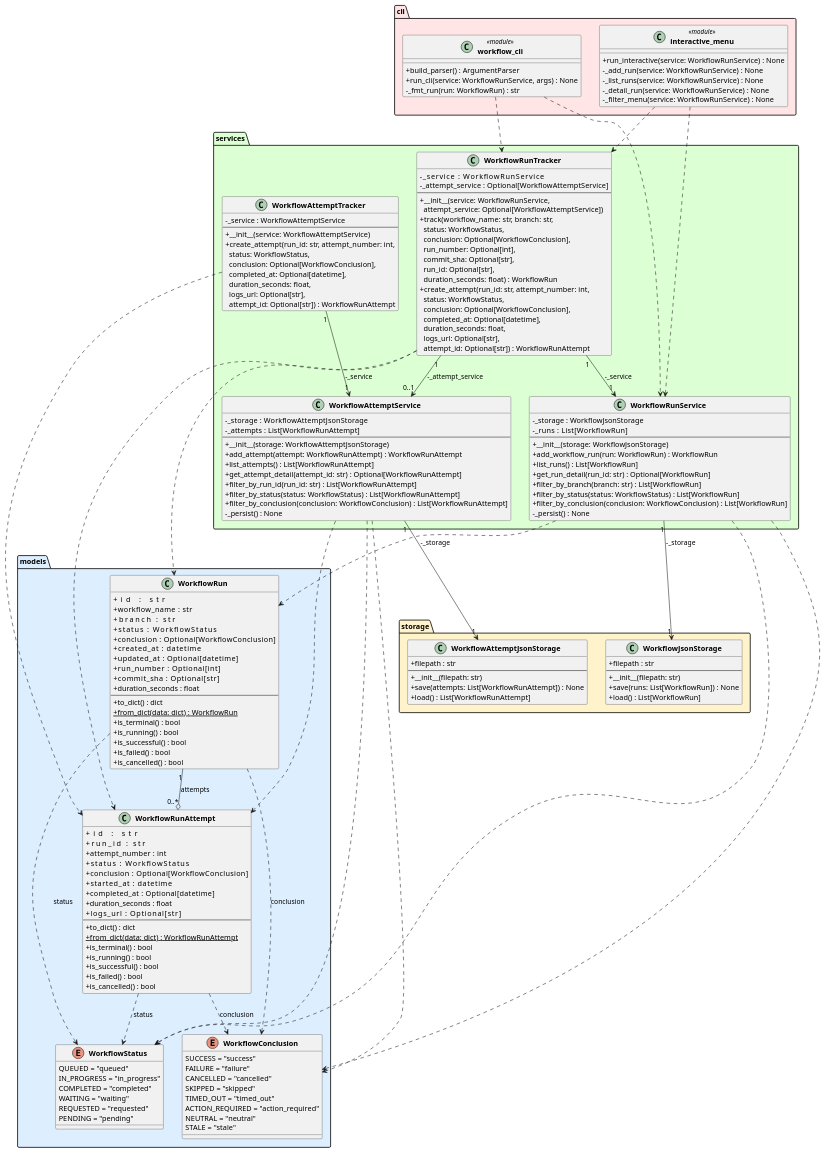
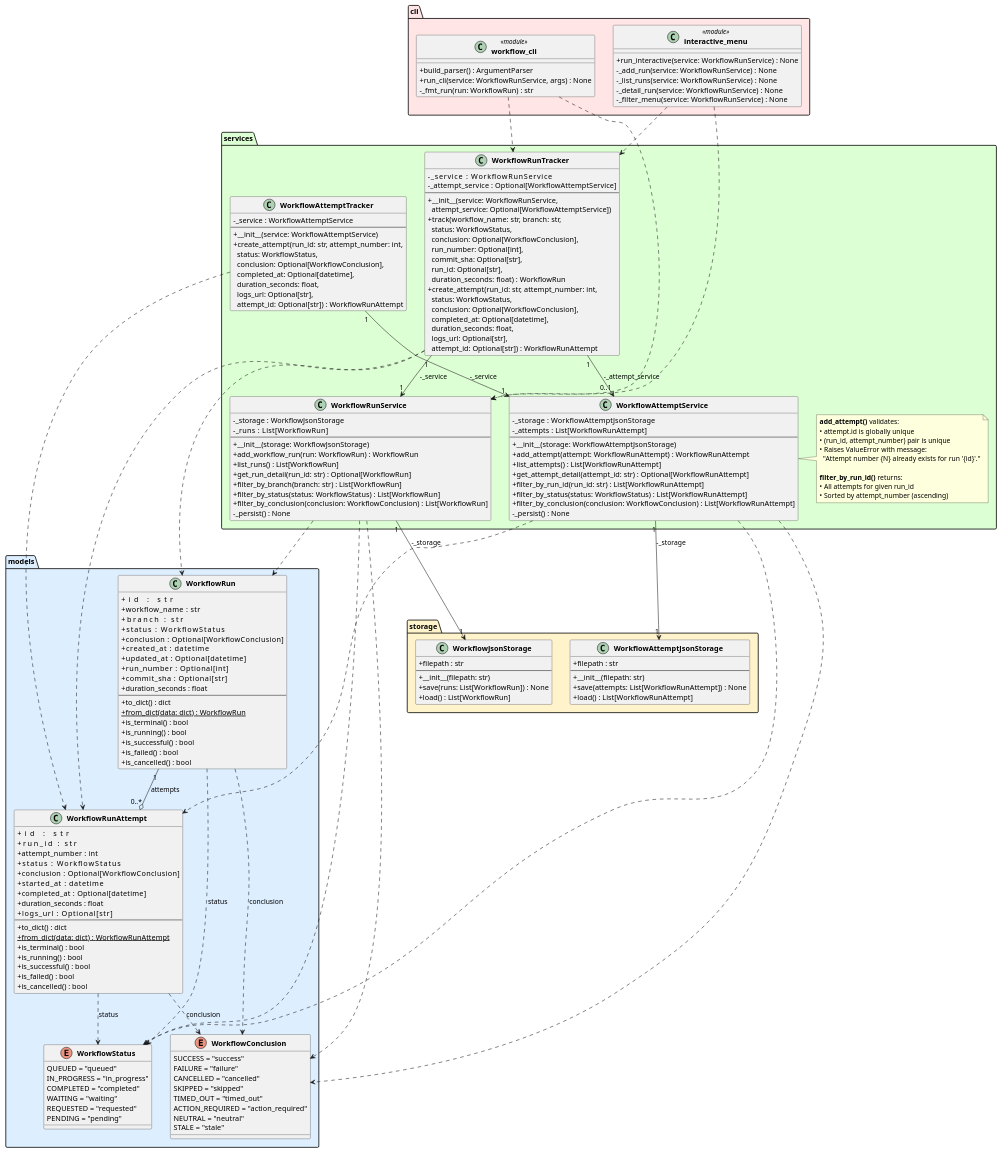
One commit to DanielRiha8906/Software_autoevolution_using_agents changed the diagram in experiments/pipeline/structured_text/github-workflow-manager/artifacts/class_diagram.puml. Above: the diagram before and after it, drawn with PlantUML. The commit also changed 6 other files, not shown here.

First line of the commit message:
task 04: Implement AttemptService with duplicate validation and sorting

```diff
--- a/experiments/pipeline/structured_text/github-workflow-manager/artifacts/class_diagram.puml
+++ b/experiments/pipeline/structured_text/github-workflow-manager/artifacts/class_diagram.puml
@@ -1,182 +1,194 @@
 @startuml class_diagram
 
 skinparam classAttributeIconSize 0
 skinparam classFontStyle bold
 
 package "models" #DDEEFF {
     enum WorkflowStatus {
         QUEUED = "queued"
         IN_PROGRESS = "in_progress"
         COMPLETED = "completed"
         WAITING = "waiting"
         REQUESTED = "requested"
         PENDING = "pending"
     }
 
     enum WorkflowConclusion {
         SUCCESS = "success"
         FAILURE = "failure"
         CANCELLED = "cancelled"
         SKIPPED = "skipped"
         TIMED_OUT = "timed_out"
         ACTION_REQUIRED = "action_required"
         NEUTRAL = "neutral"
         STALE = "stale"
     }
 
     class WorkflowRun {
         +id               : str
         +workflow_name    : str
         +branch           : str
         +status           : WorkflowStatus
         +conclusion       : Optional[WorkflowConclusion]
         +created_at       : datetime
         +updated_at       : Optional[datetime]
         +run_number       : Optional[int]
         +commit_sha       : Optional[str]
         +duration_seconds : float
         --
         +to_dict() : dict
         +{static} from_dict(data: dict) : WorkflowRun
         +is_terminal() : bool
         +is_running() : bool
         +is_successful() : bool
         +is_failed() : bool
         +is_cancelled() : bool
     }
 
     class WorkflowRunAttempt {
         +id               : str
         +run_id           : str
         +attempt_number   : int
         +status           : WorkflowStatus
         +conclusion       : Optional[WorkflowConclusion]
         +started_at       : datetime
         +completed_at     : Optional[datetime]
         +duration_seconds : float
         +logs_url         : Optional[str]
         --
         +to_dict() : dict
         +{static} from_dict(data: dict) : WorkflowRunAttempt
         +is_terminal() : bool
         +is_running() : bool
         +is_successful() : bool
         +is_failed() : bool
         +is_cancelled() : bool
     }
 }
 
 package "storage" #FFF3CC {
     class WorkflowJsonStorage {
         +filepath : str
         --
         +__init__(filepath: str)
         +save(runs: List[WorkflowRun]) : None
         +load() : List[WorkflowRun]
     }
 
     class WorkflowAttemptJsonStorage {
         +filepath : str
         --
         +__init__(filepath: str)
         +save(attempts: List[WorkflowRunAttempt]) : None
         +load() : List[WorkflowRunAttempt]
     }
 }
 
 package "services" #DDFFD4 {
     class WorkflowRunService {
         -_storage : WorkflowJsonStorage
         -_runs    : List[WorkflowRun]
         --
         +__init__(storage: WorkflowJsonStorage)
         +add_workflow_run(run: WorkflowRun) : WorkflowRun
         +list_runs() : List[WorkflowRun]
         +get_run_detail(run_id: str) : Optional[WorkflowRun]
         +filter_by_branch(branch: str) : List[WorkflowRun]
         +filter_by_status(status: WorkflowStatus) : List[WorkflowRun]
         +filter_by_conclusion(conclusion: WorkflowConclusion) : List[WorkflowRun]
         -_persist() : None
     }
 
     class WorkflowAttemptService {
         -_storage   : WorkflowAttemptJsonStorage
         -_attempts  : List[WorkflowRunAttempt]
         --
         +__init__(storage: WorkflowAttemptJsonStorage)
         +add_attempt(attempt: WorkflowRunAttempt) : WorkflowRunAttempt
         +list_attempts() : List[WorkflowRunAttempt]
         +get_attempt_detail(attempt_id: str) : Optional[WorkflowRunAttempt]
         +filter_by_run_id(run_id: str) : List[WorkflowRunAttempt]
         +filter_by_status(status: WorkflowStatus) : List[WorkflowRunAttempt]
         +filter_by_conclusion(conclusion: WorkflowConclusion) : List[WorkflowRunAttempt]
         -_persist() : None
     }
 
     class WorkflowRunTracker {
         -_service           : WorkflowRunService
         -_attempt_service   : Optional[WorkflowAttemptService]
         --
         +__init__(service: WorkflowRunService,\n  attempt_service: Optional[WorkflowAttemptService])
         +track(workflow_name: str, branch: str,\n  status: WorkflowStatus,\n  conclusion: Optional[WorkflowConclusion],\n  run_number: Optional[int],\n  commit_sha: Optional[str],\n  run_id: Optional[str],\n  duration_seconds: float) : WorkflowRun
         +create_attempt(run_id: str, attempt_number: int,\n  status: WorkflowStatus,\n  conclusion: Optional[WorkflowConclusion],\n  completed_at: Optional[datetime],\n  duration_seconds: float,\n  logs_url: Optional[str],\n  attempt_id: Optional[str]) : WorkflowRunAttempt
     }
 
     class WorkflowAttemptTracker {
         -_service : WorkflowAttemptService
         --
         +__init__(service: WorkflowAttemptService)
         +create_attempt(run_id: str, attempt_number: int,\n  status: WorkflowStatus,\n  conclusion: Optional[WorkflowConclusion],\n  completed_at: Optional[datetime],\n  duration_seconds: float,\n  logs_url: Optional[str],\n  attempt_id: Optional[str]) : WorkflowRunAttempt
     }
+
+    note right of WorkflowAttemptService
+        **add_attempt()** validates:
+        • attempt.id is globally unique
+        • (run_id, attempt_number) pair is unique
+        • Raises ValueError with message:
+          "Attempt number {N} already exists for run '{id}'."
+
+        **filter_by_run_id()** returns:
+        • All attempts for given run_id
+        • Sorted by attempt_number (ascending)
+    end note
 }
 
 package "cli" #FFE5E5 {
     class "workflow_cli" <<module>> {
         +build_parser() : ArgumentParser
         +run_cli(service: WorkflowRunService, args) : None
         -_fmt_run(run: WorkflowRun) : str
     }
 
     class "interactive_menu" <<module>> {
         +run_interactive(service: WorkflowRunService) : None
         -_add_run(service: WorkflowRunService) : None
         -_list_runs(service: WorkflowRunService) : None
         -_detail_run(service: WorkflowRunService) : None
         -_filter_menu(service: WorkflowRunService) : None
     }
 }
 
 ' Domain model relationships
 WorkflowRun                ..>  WorkflowStatus        : status
 WorkflowRun                ..>  WorkflowConclusion    : conclusion
 WorkflowRunAttempt         ..>  WorkflowStatus        : status
 WorkflowRunAttempt         ..>  WorkflowConclusion    : conclusion
 WorkflowRun          "1" --o "0..*" WorkflowRunAttempt : attempts
 
 ' Storage relationships
 WorkflowRunService         "1" --> "1" WorkflowJsonStorage : -_storage
 WorkflowAttemptService     "1" --> "1" WorkflowAttemptJsonStorage : -_storage
 
 ' Service relationships
 WorkflowRunService         ..>  WorkflowRun
 WorkflowRunService         ..>  WorkflowStatus
 WorkflowRunService         ..>  WorkflowConclusion
 WorkflowAttemptService     ..>  WorkflowRunAttempt
 WorkflowAttemptService     ..>  WorkflowStatus
 WorkflowAttemptService     ..>  WorkflowConclusion
 
 ' Tracker relationships
 WorkflowRunTracker         "1" --> "1" WorkflowRunService  : -_service
 WorkflowRunTracker         "1" --> "0..1" WorkflowAttemptService : -_attempt_service
 WorkflowRunTracker         ..>  WorkflowRun
 WorkflowRunTracker         ..>  WorkflowRunAttempt
 WorkflowAttemptTracker     "1" --> "1" WorkflowAttemptService : -_service
 WorkflowAttemptTracker     ..>  WorkflowRunAttempt
 
 ' CLI relationships
 "workflow_cli"             ..>  WorkflowRunService
 "workflow_cli"             ..>  WorkflowRunTracker
 "interactive_menu"         ..>  WorkflowRunService
 "interactive_menu"         ..>  WorkflowRunTracker
 
 @enduml
```
